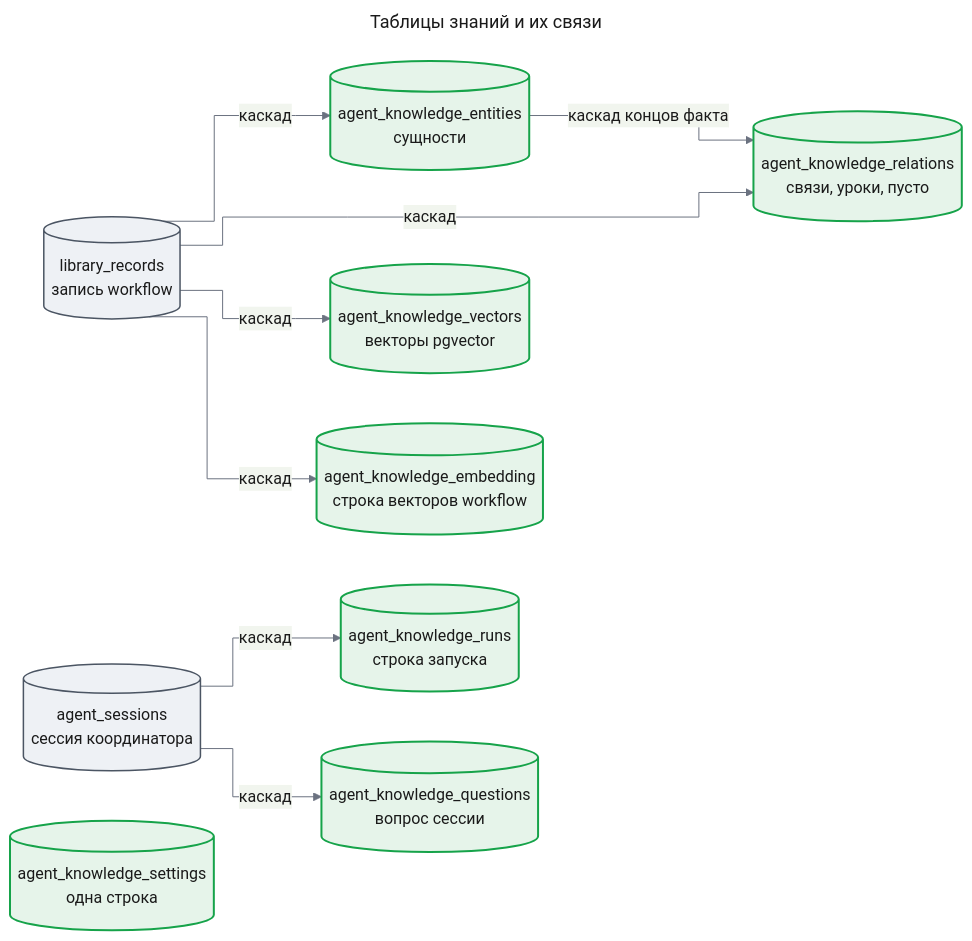
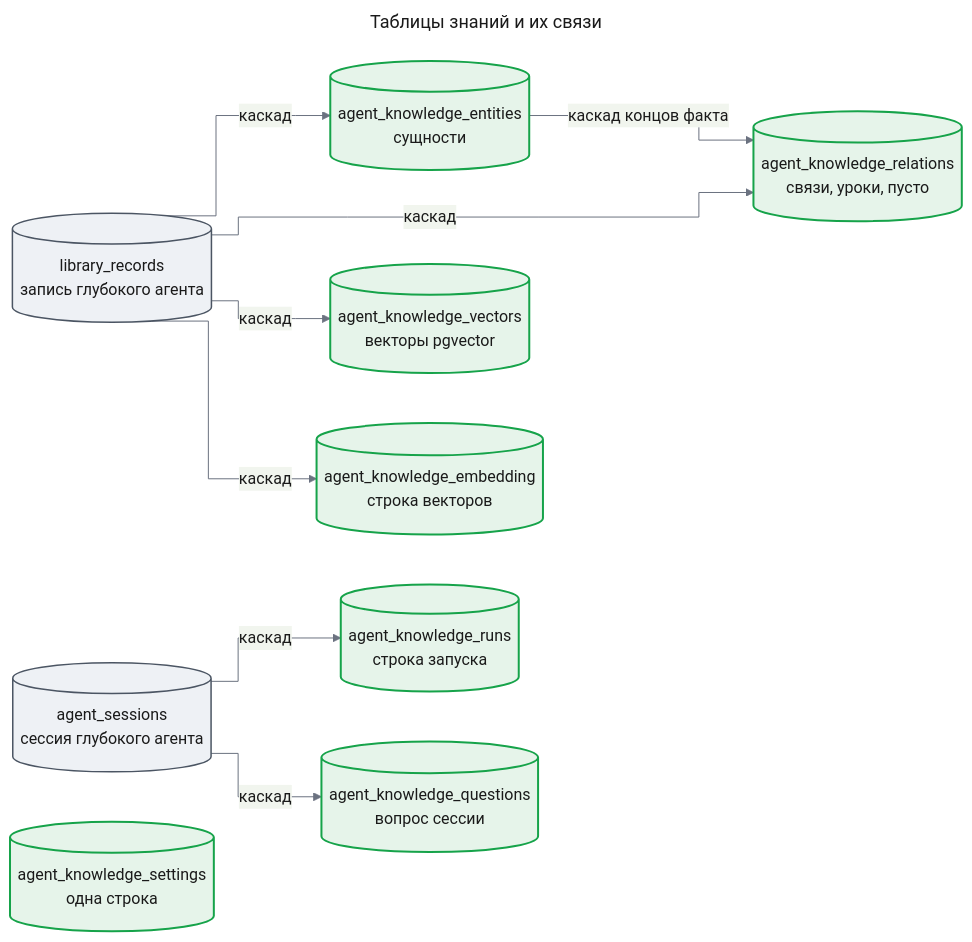
The tenth of 11 diagrams in docs/features/self-learning/design-core.md (tundraray/agent-os), drawn with Mermaid before and after one commit. The commit also changed other lines of this file and 13 other files, not shown here.

````diff
--- a/docs/features/self-learning/design-core.md
+++ b/docs/features/self-learning/design-core.md
@@ -857,36 +845,36 @@
 ```mermaid
 ---
 title: "Таблицы знаний и их связи"
 config:
   theme: base
   look: classic
   themeVariables:
     primaryColor: "#eef1f5"
     primaryBorderColor: "#4b5563"
     primaryTextColor: "#1a1a1a"
     lineColor: "#6b7280"
   flowchart:
     curve: step
 ---
 flowchart LR
-    rec[("library_records<br/>запись workflow")]
+    rec[("library_records<br/>запись глубокого агента")]
     ent[("agent_knowledge_entities<br/>сущности")]
     rel[("agent_knowledge_relations<br/>связи, уроки, пусто")]
-    ses[("agent_sessions<br/>сессия координатора")]
+    ses[("agent_sessions<br/>сессия глубокого агента")]
     run[("agent_knowledge_runs<br/>строка запуска")]
     set[("agent_knowledge_settings<br/>одна строка")]
     vec[("agent_knowledge_vectors<br/>векторы pgvector")]
-    emb[("agent_knowledge_embedding<br/>строка векторов workflow")]
+    emb[("agent_knowledge_embedding<br/>строка векторов")]
     que[("agent_knowledge_questions<br/>вопрос сессии")]
     rec -->|"каскад"| ent
     rec -->|"каскад"| rel
     ent -->|"каскад концов факта"| rel
     ses -->|"каскад"| run
     rec -->|"каскад"| vec
     rec -->|"каскад"| emb
     ses -->|"каскад"| que
     classDef new fill:#e6f4ea,stroke:#16a34a,stroke-width:2px,color:#1a1a1a
     classDef unchanged fill:#eef1f5,stroke:#4b5563,stroke-width:1.5px,color:#1a1a1a
     class ent,rel,run,set,vec,emb,que new
     class rec,ses unchanged
 ```
````
